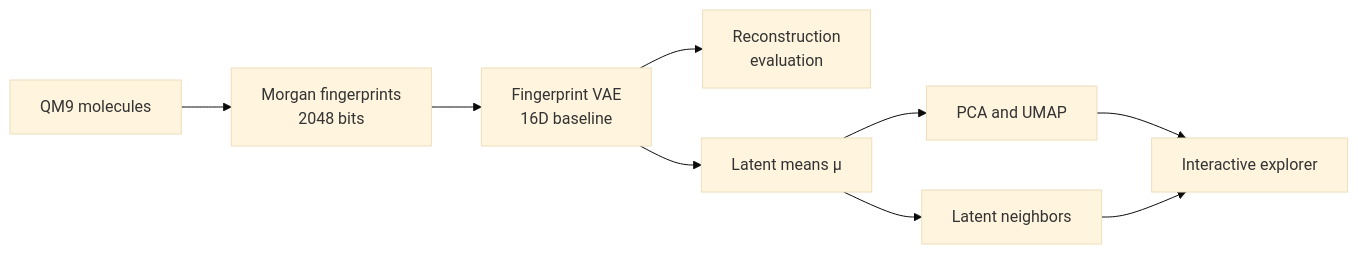
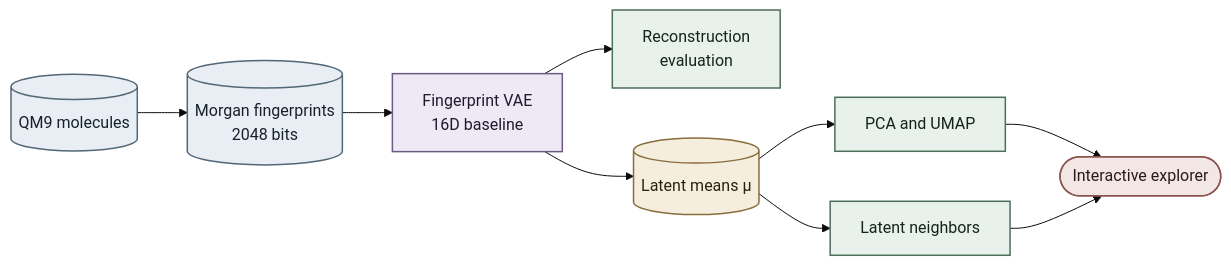
The diagram in docs/METHODOLOGY.md (rizonehyseni/Latent-Space-Explorer), drawn with Mermaid (base theme) before and after one commit. The commit also changed 2 other files, not shown here.

Commit message:
standardized scientific diagrams and math rendering

````diff
--- a/docs/METHODOLOGY.md
+++ b/docs/METHODOLOGY.md
@@ -9,11 +9,23 @@
 ```mermaid
 flowchart LR
-    A["QM9 molecules"] --> B["Morgan fingerprints<br/>2048 bits"]
+    A[("QM9 molecules")] --> B[("Morgan fingerprints<br/>2048 bits")]
     B --> C["Fingerprint VAE<br/>16D baseline"]
     C --> D["Reconstruction<br/>evaluation"]
-    C --> E["Latent means μ"]
+    C --> E[("Latent means μ")]
     E --> F["PCA and UMAP"]
     E --> G["Latent neighbors"]
-    F --> H["Interactive explorer"]
+    F --> H(["Interactive explorer"])
     G --> H
+
+    classDef source fill:#e8eef3,stroke:#526777,color:#17212b,stroke-width:1.5px
+    classDef model fill:#ede9f5,stroke:#6b5a83,color:#211a2b,stroke-width:1.5px
+    classDef analysis fill:#e8f1ec,stroke:#4d6f5a,color:#18231c,stroke-width:1.5px
+    classDef artifact fill:#f5eedf,stroke:#8a6d3b,color:#2a2112,stroke-width:1.5px
+    classDef interface fill:#f2e7e4,stroke:#8a564f,color:#2b1917,stroke-width:1.5px
+
+    class A,B source
+    class C model
+    class D,F,G analysis
+    class E artifact
+    class H interface
 ```
````
